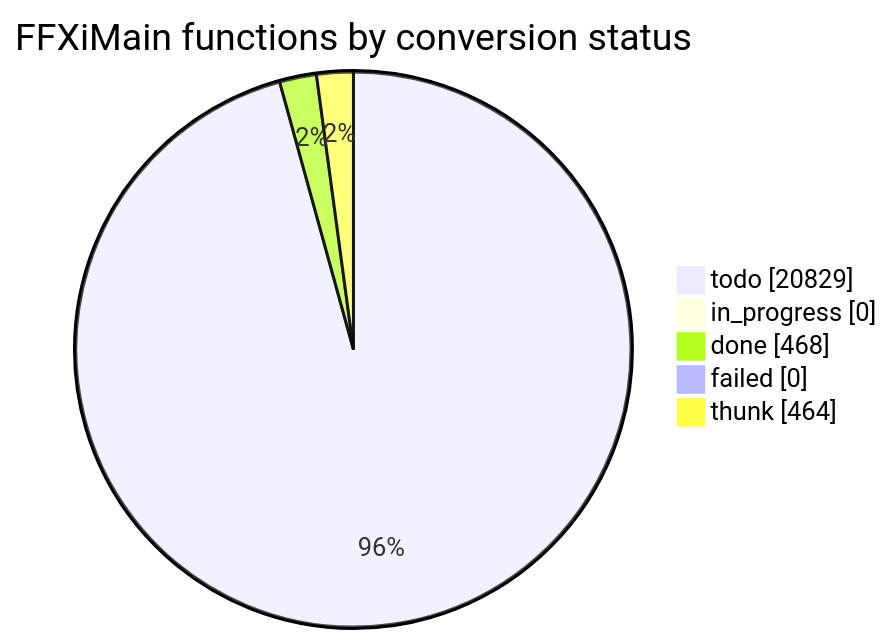
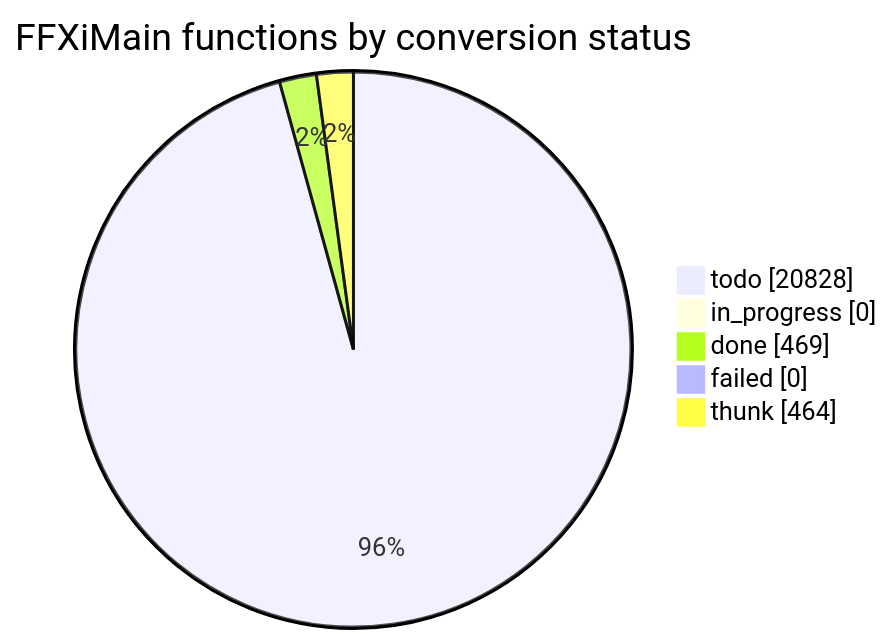
Before and after one commit to cowrevenge/cow_kuluu_xi_anything: the diagram in docs/cow/STATUS.md, drawn with Mermaid. The commit also changed other lines of this file and 9 other files, not shown here.

````diff
--- a/docs/cow/STATUS.md
+++ b/docs/cow/STATUS.md
@@ -18,9 +18,9 @@
 ```mermaid
 pie showData
     title FFXiMain functions by conversion status
-    "todo" : 20829
+    "todo" : 20828
     "in_progress" : 0
-    "done" : 468
+    "done" : 469
     "failed" : 0
     "thunk" : 464
 ```
````
